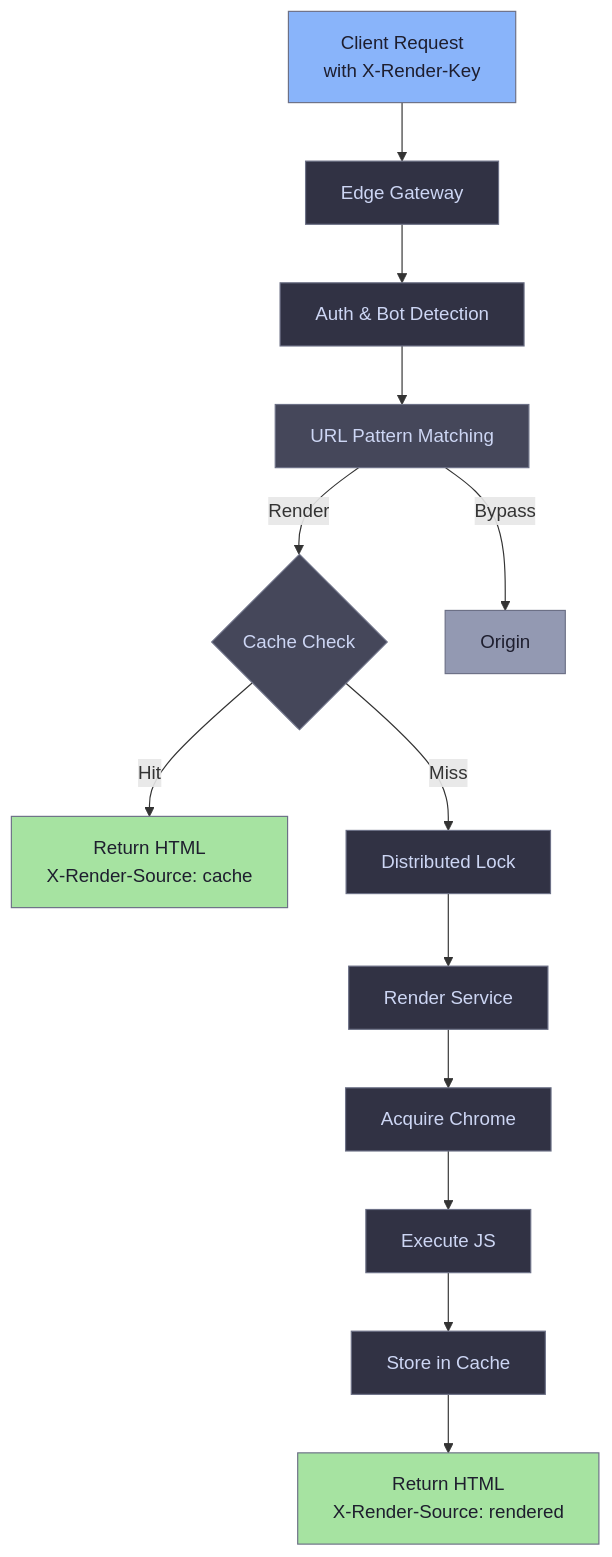
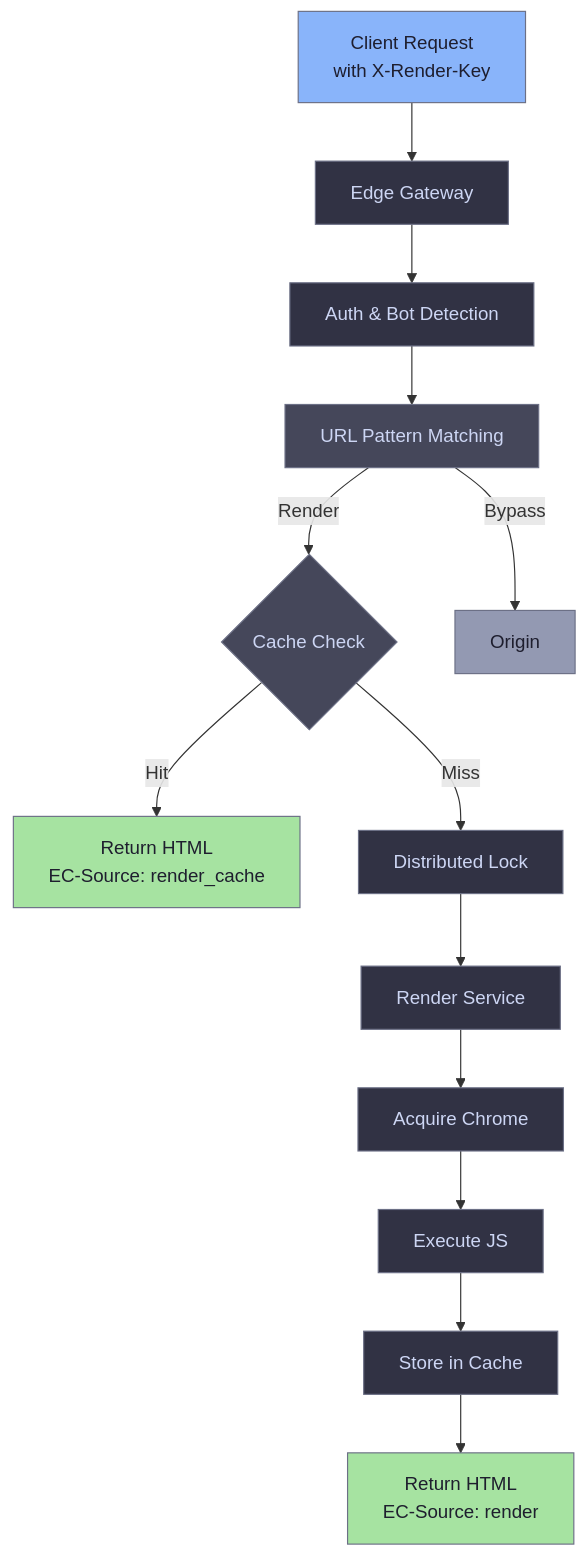
Before and after one commit to EdgeComet/engine: the diagram in docs/index.md, drawn with Mermaid. The commit also changed 53 other files, not shown here.

````diff
--- a/docs/index.md
+++ b/docs/index.md
@@ -33,25 +33,25 @@
 ```mermaid
 flowchart TD
     %% Theme Colors
     classDef entry fill:#89B4FA,color:#1E1E2E,stroke:#6C7086
     classDef process fill:#313244,color:#CDD6F4,stroke:#6C7086
     classDef decision fill:#45475A,color:#CDD6F4,stroke:#6C7086
     classDef success fill:#A6E3A1,color:#1E1E2E,stroke:#6C7086
     classDef direct fill:#9399B2,color:#1E1E2E,stroke:#6C7086
 
     Client[Client Request<br/>with X-Render-Key]:::entry --> EG[Edge Gateway]:::process
     EG --> Auth[Auth & Bot Detection]:::process
     Auth --> URL[URL Pattern Matching]:::decision
 
     URL -->|Render| CacheCheck{Cache Check}:::decision
     URL -->|Bypass| Origin[Origin]:::direct
 
-    CacheCheck -->|Hit| ReturnCache[Return HTML<br/>X-Render-Source: cache]:::success
+    CacheCheck -->|Hit| ReturnCache[Return HTML<br/>EC-Source: render_cache]:::success
     CacheCheck -->|Miss| Lock[Distributed Lock]:::process
 
     Lock --> Render[Render Service]:::process
     Render --> Chrome[Acquire Chrome]:::process
     Chrome --> Exec[Execute JS]:::process
     Exec --> Store[Store in Cache]:::process
-    Store --> ReturnRender[Return HTML<br/>X-Render-Source: rendered]:::success
+    Store --> ReturnRender[Return HTML<br/>EC-Source: render]:::success
 ```
````
